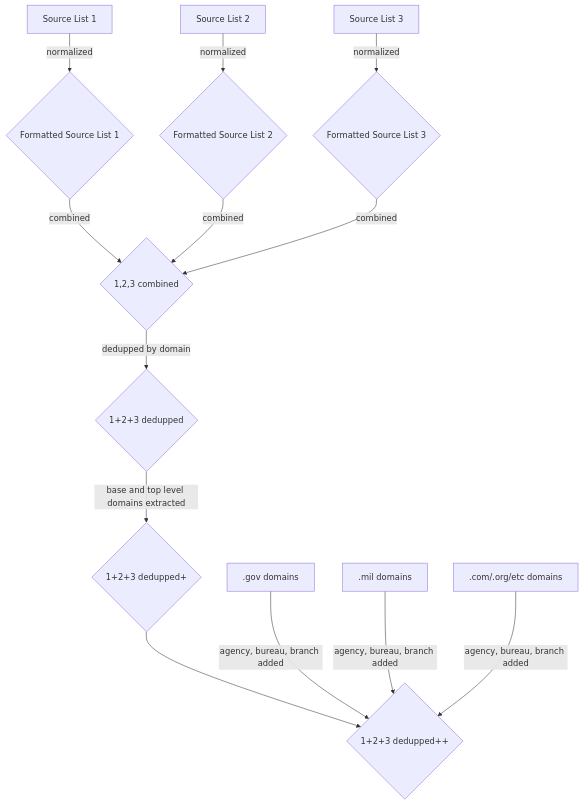
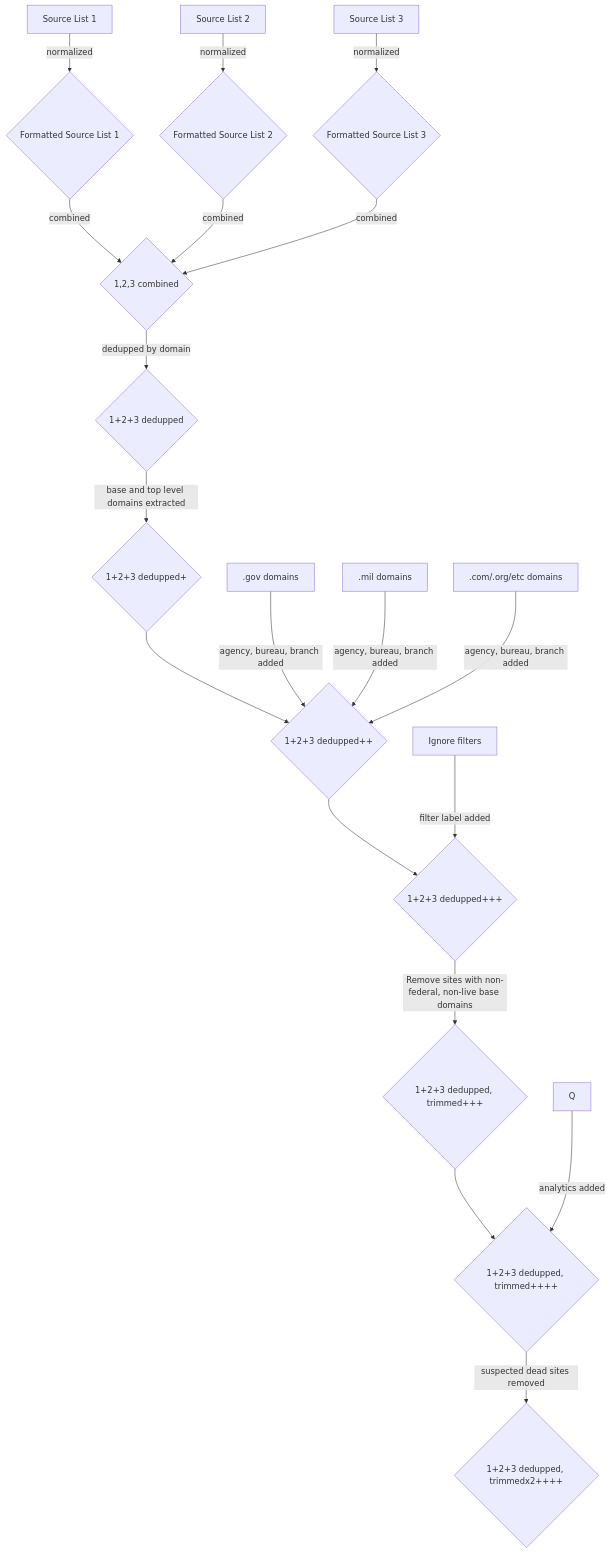
Before and after one commit to GSA/site-scanning-documentation: the diagram in about/project-management/diagrams/index-creation.md, drawn with Mermaid.

Commit message:
Update index creation diagram with new labels

````diff
--- a/about/project-management/diagrams/index-creation.md
+++ b/about/project-management/diagrams/index-creation.md
@@ -3,15 +3,21 @@
 ```mermaid
 graph TD;
     A[Source List 1]-- normalized -->D{Formatted Source List 1};
     B[Source List 2]-- normalized -->E{Formatted Source List 2};
     C[Source List 3]-- normalized -->F{Formatted Source List 3};
     D-- combined -->G{1,2,3 combined};
     E-- combined -->G{1,2,3 combined};
     F-- combined -->G{1,2,3 combined};
     G-- dedupped by domain -->H{1+2+3 dedupped};
     H-- base and top level domains extracted --> I{1+2+3 dedupped+};
     I--> M{1+2+3 dedupped++};
     J[.gov domains]-- agency, bureau, branch added -->M{1+2+3 dedupped++};
     K[.mil domains]-- agency, bureau, branch added -->M{1+2+3 dedupped++};
     L[.com/.org/etc domains]-- agency, bureau, branch added -->M{1+2+3 dedupped++};
+    M-->O{1+2+3 dedupped+++};
+    N[Ignore filters]-- filter label added -->O;
+    O-- Remove sites with non-federal, non-live base domains -->P{1+2+3 dedupped, trimmed+++};
+    P-->R{1+2+3 dedupped, trimmed++++};
+    Q-- analytics added --> R;
+    R-- suspected dead sites removed -->S{1+2+3 dedupped, trimmedx2++++}
 ```
````
